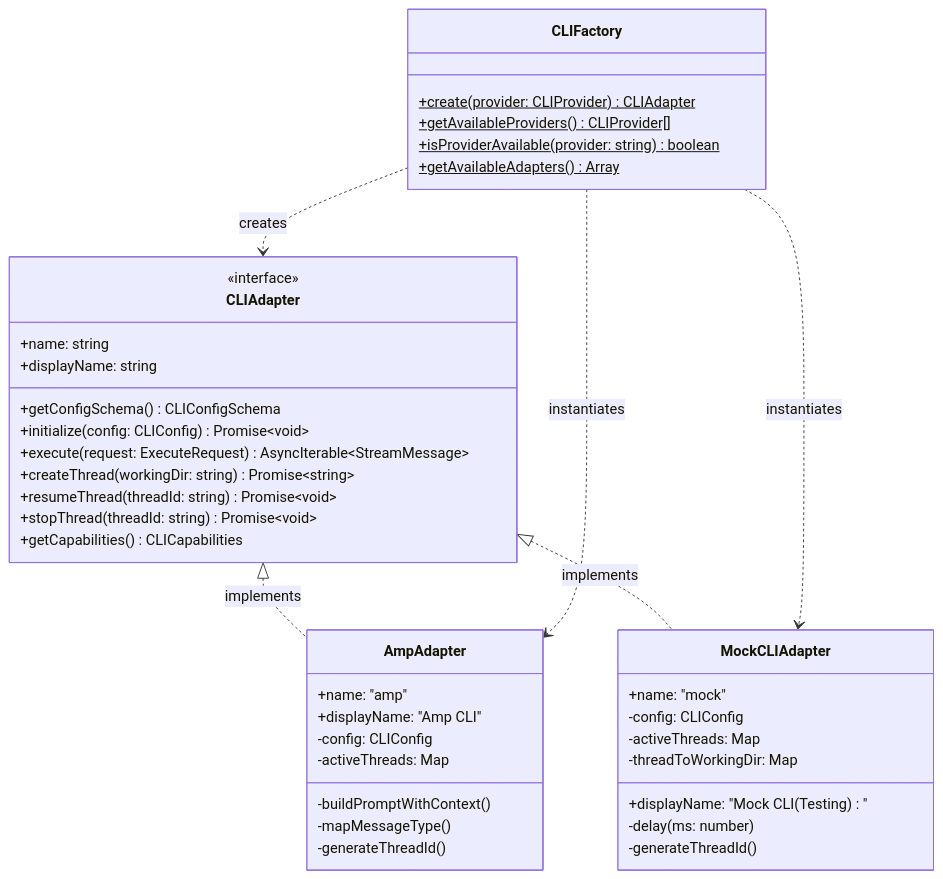
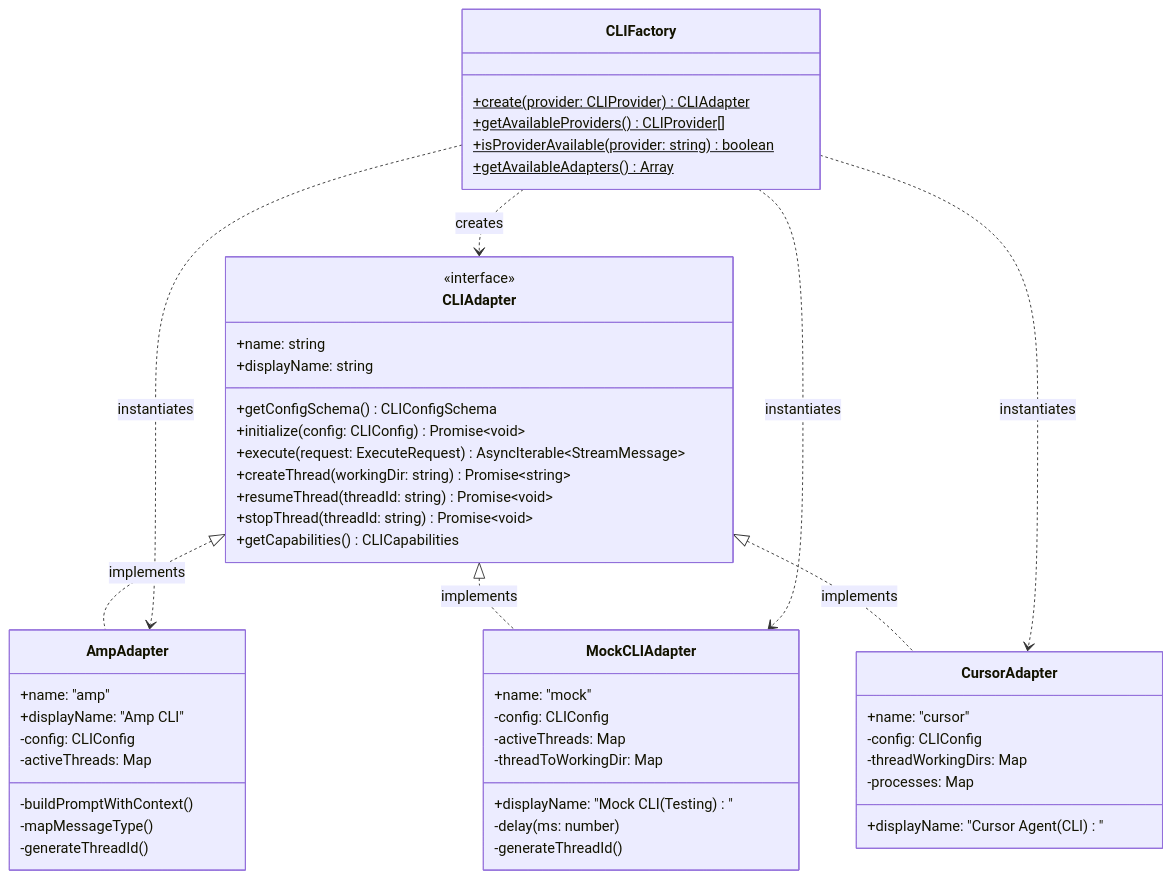
Before and after one commit to danted4/Code-Auto: the diagram in docs/CLI_ADAPTERS.md, drawn with Mermaid. The commit also changed other lines of this file and 14 other files, not shown here.

````diff
--- a/docs/CLI_ADAPTERS.md
+++ b/docs/CLI_ADAPTERS.md
@@ -14,48 +14,58 @@
 ```mermaid
 classDiagram
     class CLIAdapter {
         <<interface>>
         +name: string
         +displayName: string
         +getConfigSchema() CLIConfigSchema
         +initialize(config: CLIConfig) Promise~void~
         +execute(request: ExecuteRequest) AsyncIterable~StreamMessage~
         +createThread(workingDir: string) Promise~string~
         +resumeThread(threadId: string) Promise~void~
         +stopThread(threadId: string) Promise~void~
         +getCapabilities() CLICapabilities
     }
 
     class AmpAdapter {
         +name: "amp"
         +displayName: "Amp CLI"
         -config: CLIConfig
         -activeThreads: Map
         -buildPromptWithContext()
         -mapMessageType()
         -generateThreadId()
     }
 
     class MockCLIAdapter {
         +name: "mock"
         +displayName: "Mock CLI (Testing)"
         -config: CLIConfig
         -activeThreads: Map
         -threadToWorkingDir: Map
         -delay(ms: number)
         -generateThreadId()
     }
 
+    class CursorAdapter {
+        +name: "cursor"
+        +displayName: "Cursor Agent (CLI)"
+        -config: CLIConfig
+        -threadWorkingDirs: Map
+        -processes: Map
+    }
+
     class CLIFactory {
         +create(provider: CLIProvider)$ CLIAdapter
         +getAvailableProviders()$ CLIProvider[]
         +isProviderAvailable(provider: string)$ boolean
         +getAvailableAdapters()$ Array
     }
 
     CLIAdapter <|.. AmpAdapter : implements
     CLIAdapter <|.. MockCLIAdapter : implements
+    CLIAdapter <|.. CursorAdapter : implements
     CLIFactory ..> CLIAdapter : creates
     CLIFactory ..> AmpAdapter : instantiates
     CLIFactory ..> MockCLIAdapter : instantiates
+    CLIFactory ..> CursorAdapter : instantiates
 ```
````
